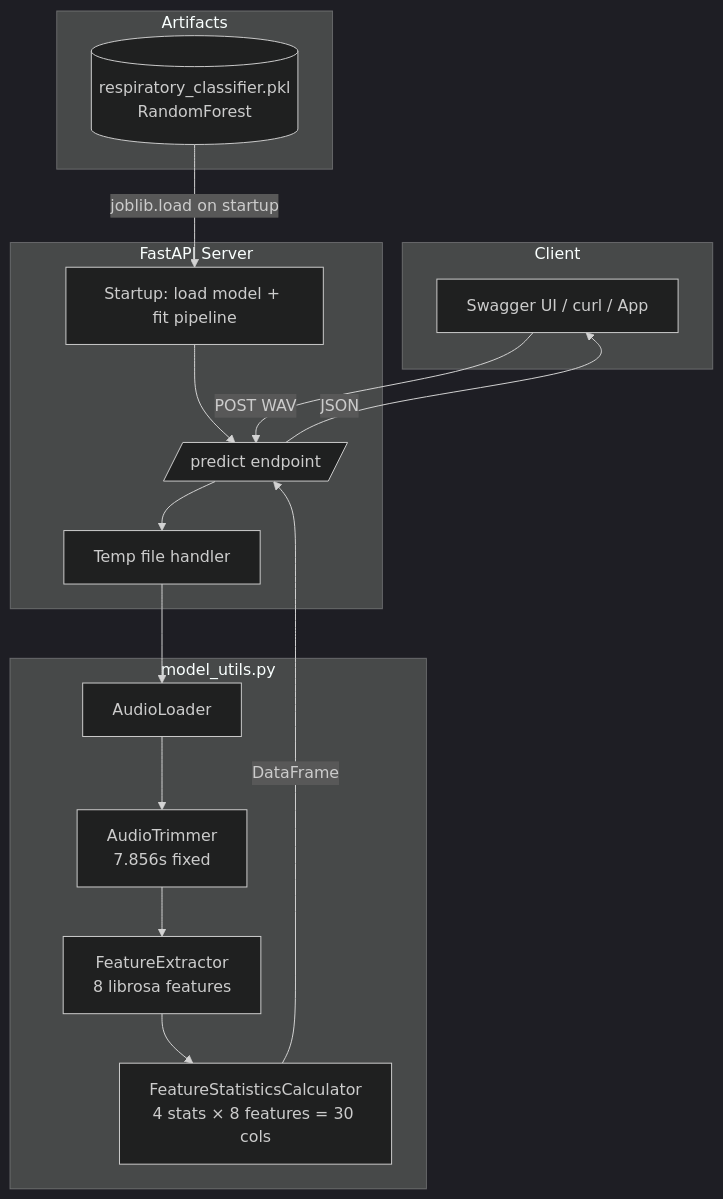
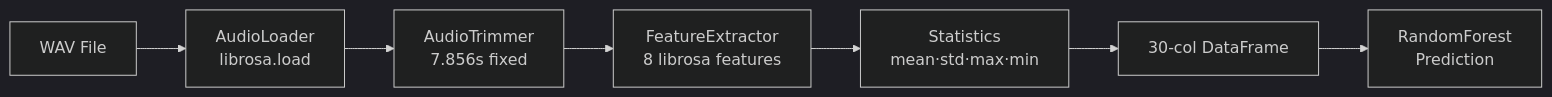
The third of 3 diagrams in README.md (achuajays/Respiratory_Disease_Classifier_API), drawn with Mermaid (dark theme) before and after one commit. The commit also changed other lines of this file, not shown here.

Commit message:
feat: Expand the API from a single respiratory classifier to a comprehensive medical AI platform with multiple LLM-powered features and updated project structure.

````diff
--- a/README.md
+++ b/README.md
@@ -220,34 +325,9 @@
 ```mermaid
-graph TB
-    subgraph Client
-        W[Swagger UI / curl / App]
-    end
-
-    subgraph FastAPI Server
-        R[/predict endpoint/]
-        L[Startup: load model + fit pipeline]
-        T[Temp file handler]
-    end
-
-    subgraph model_utils.py
-        AL[AudioLoader]
-        AT[AudioTrimmer\n7.856s fixed]
-        FE[FeatureExtractor\n8 librosa features]
-        FS[FeatureStatisticsCalculator\n4 stats × 8 features = 30 cols]
-    end
-
-    subgraph Artifacts
-        PKL[(respiratory_classifier.pkl\nRandomForest)]
-    end
-
-    W -->|POST WAV| R
-    R --> T
-    T --> AL
-    AL --> AT
-    AT --> FE
-    FE --> FS
-    FS -->|DataFrame| R
-    PKL -->|joblib.load on startup| L
-    L --> R
-    R -->|JSON| W
+flowchart LR
+    A[WAV File] --> B[AudioLoader<br/>librosa.load]
+    B --> C[AudioTrimmer<br/>7.856s fixed]
+    C --> D[FeatureExtractor<br/>8 librosa features]
+    D --> E[Statistics<br/>mean·std·max·min]
+    E --> F[30-col DataFrame]
+    F --> G[RandomForest<br/>Prediction]
 ```
````
